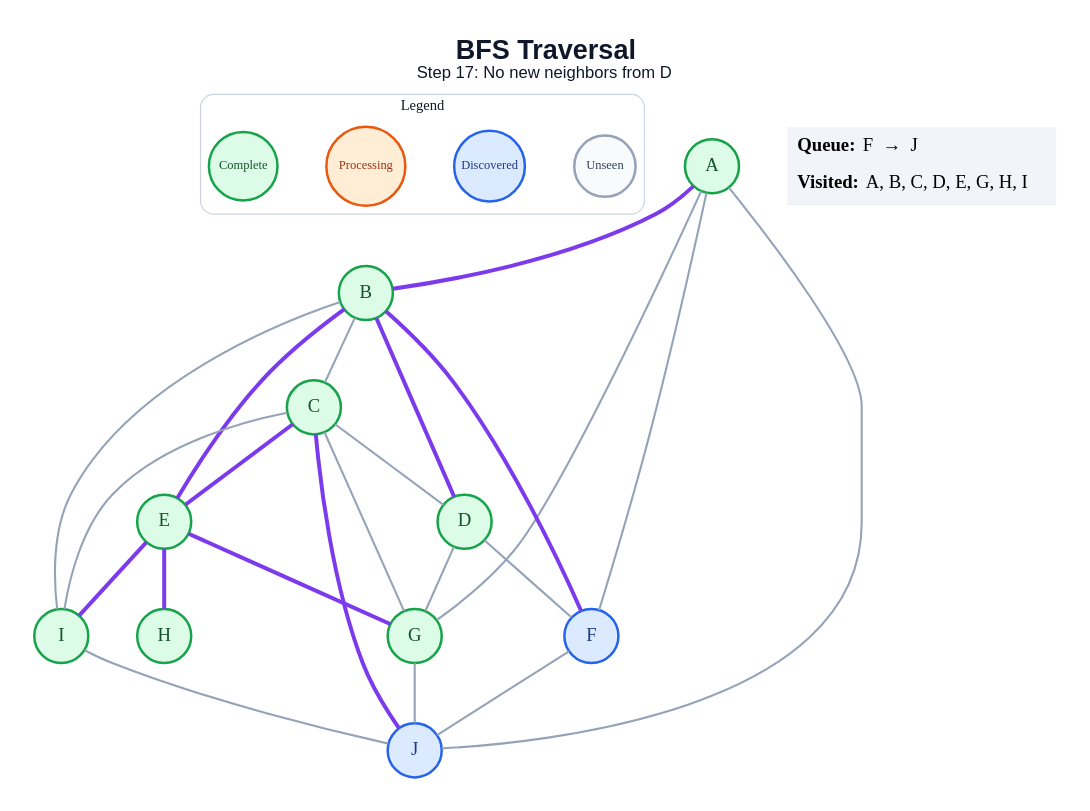
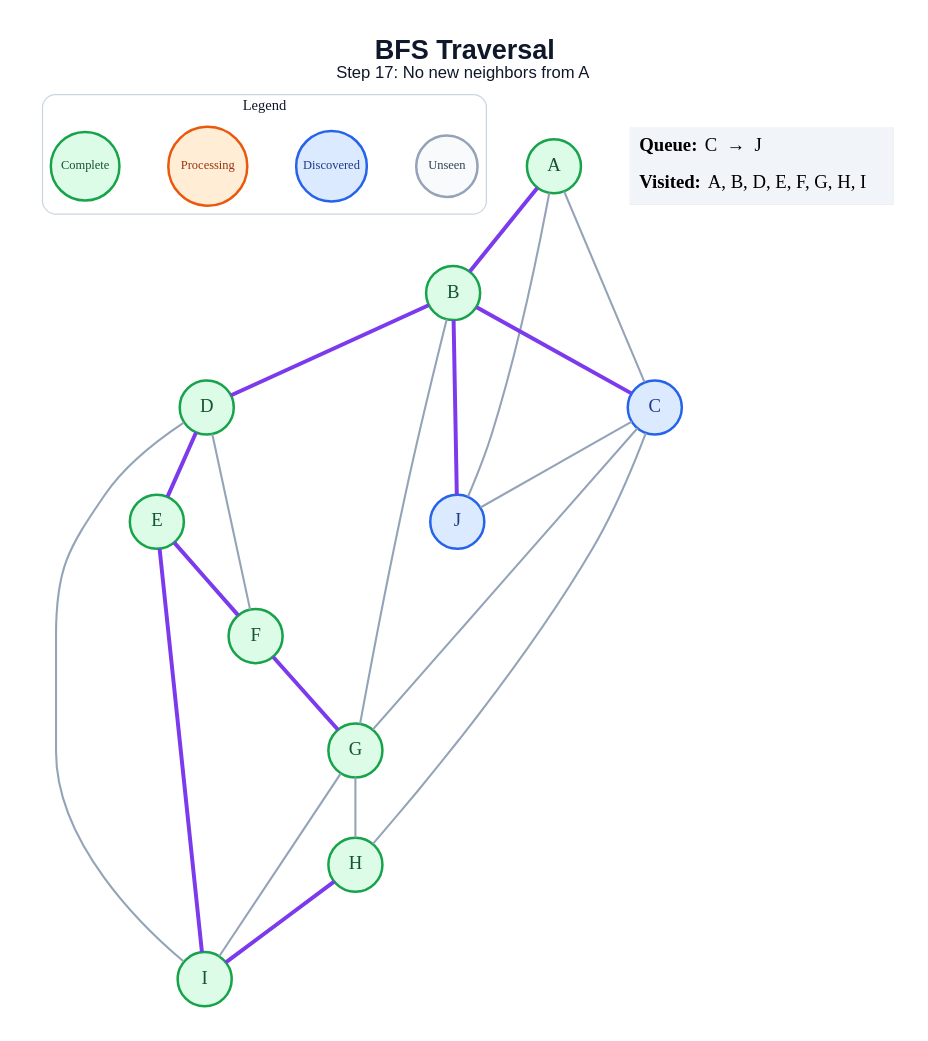
The diagram in generated/specific-node/bfs/step_17.dot (amanghodawala9/ai-slop), drawn with Graphviz before and after one commit. The commit also changed 178 other files, not shown here.

```diff
--- a/generated/specific-node/bfs/step_17.dot
+++ b/generated/specific-node/bfs/step_17.dot
@@ -1,51 +1,48 @@
 graph traversal {
   graph [layout=dot, rankdir=TB, bgcolor="#FFFFFF", pad="0.35", nodesep="0.65", ranksep="0.8", fontname="Arial"];
   node [shape=circle, style="filled", fontname="Arial Bold", fontsize=18, width=0.72, fixedsize=true, penwidth=2.4];
   edge [color="#94A3B8", penwidth=2.0];
-  label=<<B>BFS Traversal</B><BR/><FONT POINT-SIZE="16">Step 17: No new neighbors from D</FONT>>; labelloc="t"; fontsize=26; fontname="Arial"; fontcolor="#0F172A";
+  label=<<B>BFS Traversal</B><BR/><FONT POINT-SIZE="16">Step 17: No new neighbors from A</FONT>>; labelloc="t"; fontsize=26; fontname="Arial"; fontcolor="#0F172A";
   subgraph cluster_legend { label="Legend"; color="#CBD5E1"; penwidth=1.2; style="rounded"; fontsize=14; fontname="Arial Bold";
     key_unseen [label="Unseen", fillcolor="#F8FAFC", color="#94A3B8", fontcolor="#334155", fontsize=12, width=0.82];
     key_frontier [label="Discovered", fillcolor="#DBEAFE", color="#2563EB", fontcolor="#1E3A8A", fontsize=12, width=0.95];
     key_current [label="Processing", fillcolor="#FFEDD5", color="#EA580C", fontcolor="#9A3412", fontsize=12, width=1.05];
     key_done [label="Complete", fillcolor="#DCFCE7", color="#16A34A", fontcolor="#14532D", fontsize=12, width=0.92];
     { rank=same; key_unseen; key_frontier; key_current; key_done; }
   }
   A [fillcolor="#DCFCE7", color="#16A34A", fontcolor="#14532D"];
   B [fillcolor="#DCFCE7", color="#16A34A", fontcolor="#14532D"];
-  C [fillcolor="#DCFCE7", color="#16A34A", fontcolor="#14532D"];
+  C [fillcolor="#DBEAFE", color="#2563EB", fontcolor="#1E3A8A"];
   D [fillcolor="#DCFCE7", color="#16A34A", fontcolor="#14532D"];
   E [fillcolor="#DCFCE7", color="#16A34A", fontcolor="#14532D"];
-  F [fillcolor="#DBEAFE", color="#2563EB", fontcolor="#1E3A8A"];
+  F [fillcolor="#DCFCE7", color="#16A34A", fontcolor="#14532D"];
   G [fillcolor="#DCFCE7", color="#16A34A", fontcolor="#14532D"];
   H [fillcolor="#DCFCE7", color="#16A34A", fontcolor="#14532D"];
   I [fillcolor="#DCFCE7", color="#16A34A", fontcolor="#14532D"];
   J [fillcolor="#DBEAFE", color="#2563EB", fontcolor="#1E3A8A"];
   A -- B [color="#7C3AED", penwidth=3.8];
-  A -- F;
-  A -- G;
+  A -- C;
   A -- J;
-  B -- C;
+  B -- C [color="#7C3AED", penwidth=3.8];
   B -- D [color="#7C3AED", penwidth=3.8];
-  B -- E [color="#7C3AED", penwidth=3.8];
-  B -- F [color="#7C3AED", penwidth=3.8];
-  B -- I;
-  C -- D;
-  C -- E [color="#7C3AED", penwidth=3.8];
+  B -- G;
+  B -- J [color="#7C3AED", penwidth=3.8];
   C -- G;
-  C -- I;
-  C -- J [color="#7C3AED", penwidth=3.8];
+  C -- H;
+  C -- J;
+  D -- E [color="#7C3AED", penwidth=3.8];
   D -- F;
-  D -- G;
-  E -- G [color="#7C3AED", penwidth=3.8];
-  E -- H [color="#7C3AED", penwidth=3.8];
+  D -- I;
+  E -- F [color="#7C3AED", penwidth=3.8];
   E -- I [color="#7C3AED", penwidth=3.8];
-  F -- J;
-  G -- J;
-  I -- J;
+  F -- G [color="#7C3AED", penwidth=3.8];
+  G -- H;
+  G -- I;
+  H -- I [color="#7C3AED", penwidth=3.8];
   status [shape=plain, fixedsize=false, width=0, height=0, margin=0, label=<
     <TABLE BORDER="0" CELLBORDER="0" CELLPADDING="7" BGCOLOR="#F1F5F9">
-      <TR><TD ALIGN="LEFT"><B>Queue:</B> F  →  J</TD></TR>
-      <TR><TD ALIGN="LEFT"><B>Visited:</B> A, B, C, D, E, G, H, I</TD></TR>
+      <TR><TD ALIGN="LEFT"><B>Queue:</B> C  →  J</TD></TR>
+      <TR><TD ALIGN="LEFT"><B>Visited:</B> A, B, D, E, F, G, H, I</TD></TR>
     </TABLE>
   >];
 }
```
